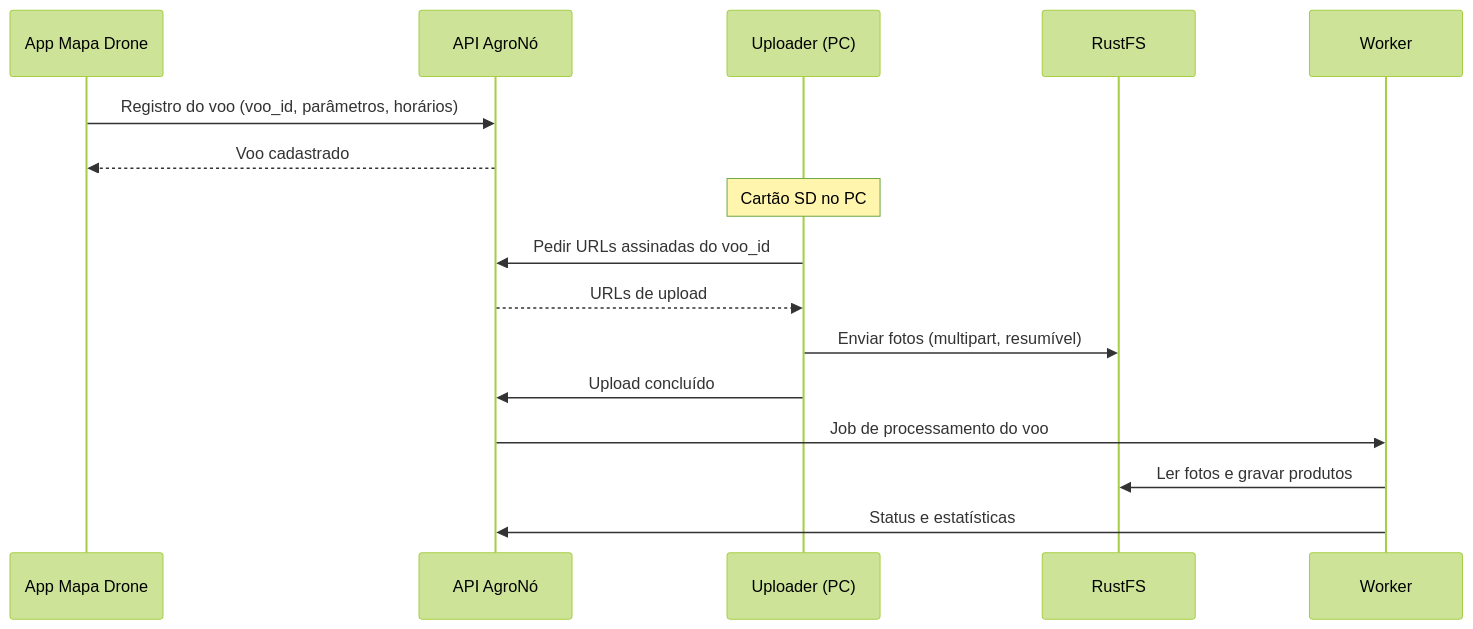
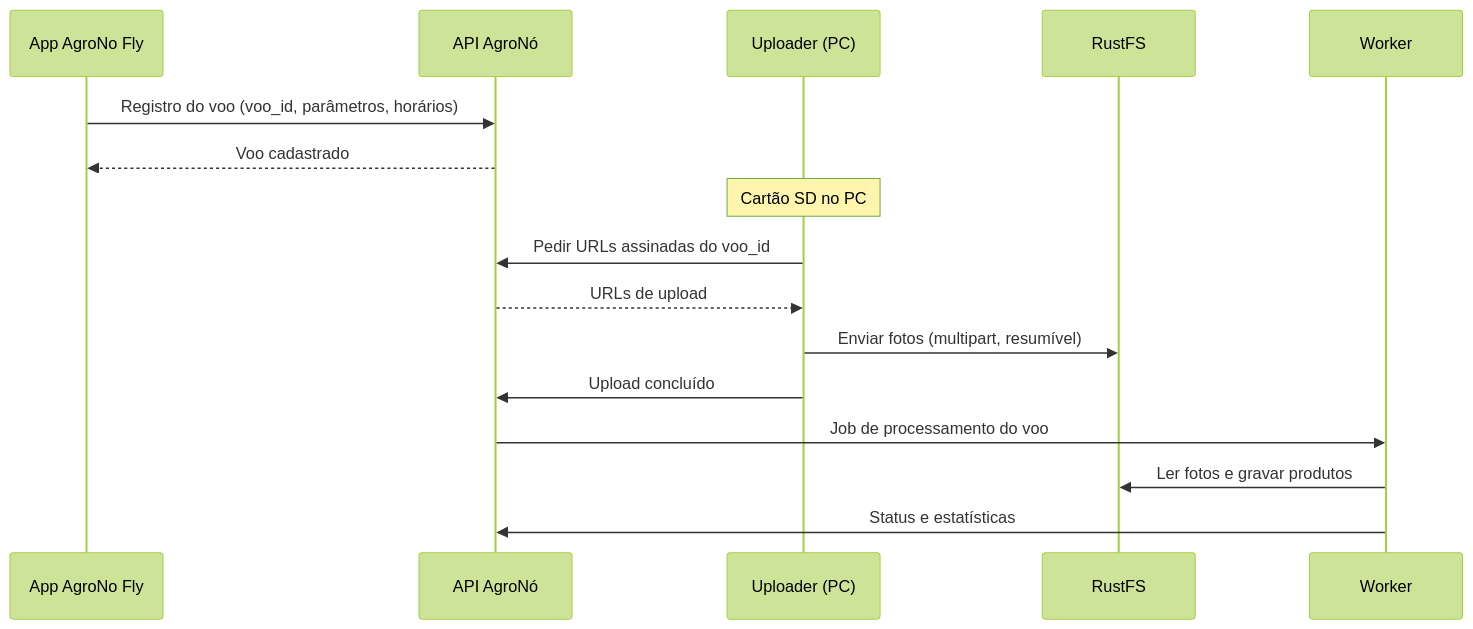
Before and after one commit to PatrickCalorioCarvalho/AgroNo: the third of 3 diagrams in Documentacao/docs/drone-pipeline.md, drawn with Mermaid (forest theme). The commit also changed other lines of this file and 3 other files, not shown here.

Commit message:
docs: AgroNo Fly (servidor, fila e mosaico) e CLAUDE.md

````diff
--- a/Documentacao/docs/drone-pipeline.md
+++ b/Documentacao/docs/drone-pipeline.md
@@ -120,19 +133,19 @@
 ```mermaid
 sequenceDiagram
-    participant App as App Mapa Drone
+    participant App as App AgroNo Fly
     participant API as API AgroNó
     participant UP as Uploader (PC)
     participant S3 as RustFS
     participant W as Worker
 
     App->>API: Registro do voo (voo_id, parâmetros, horários)
     API-->>App: Voo cadastrado
     Note over UP: Cartão SD no PC
     UP->>API: Pedir URLs assinadas do voo_id
     API-->>UP: URLs de upload
     UP->>S3: Enviar fotos (multipart, resumível)
     UP->>API: Upload concluído
     API->>W: Job de processamento do voo
     W->>S3: Ler fotos e gravar produtos
     W->>API: Status e estatísticas
 ```
````
